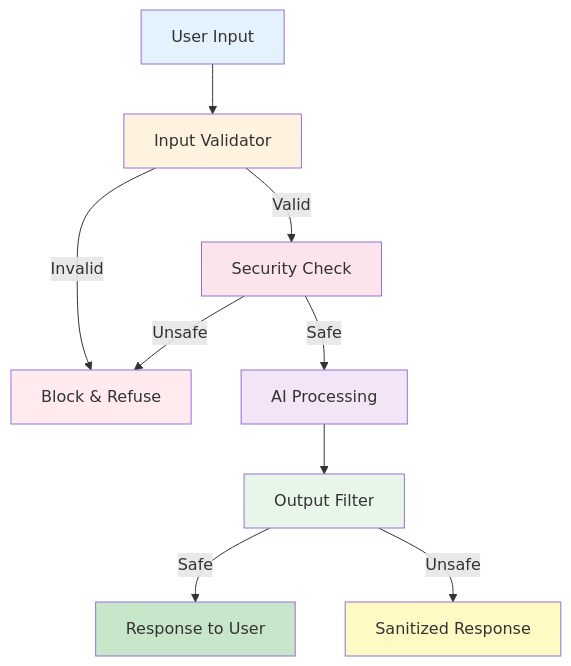
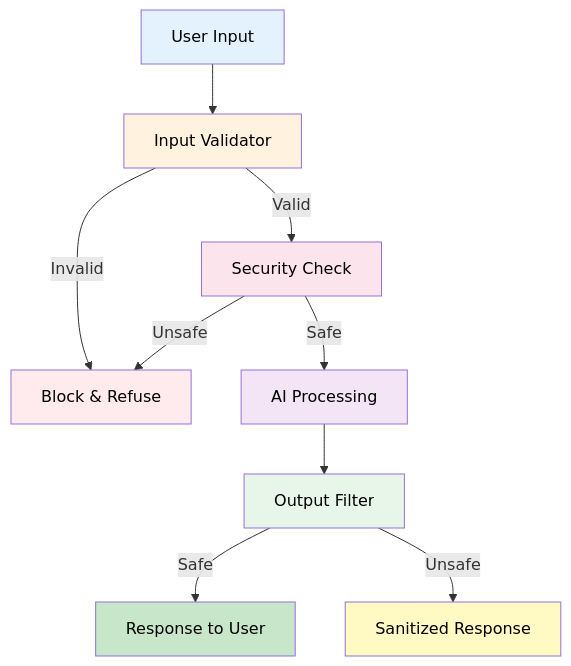
Before and after one commit to iNavLabsResearch/ai_starter: the diagram in docs/session_1/7_practical_legal_bot.md, drawn with Mermaid. The commit also changed 8 other files, not shown here.

First line of the commit message:
Fix Mermaid diagram text visibility - set all text to black

````diff
--- a/docs/session_1/7_practical_legal_bot.md
+++ b/docs/session_1/7_practical_legal_bot.md
@@ -27,20 +27,20 @@
 ```mermaid
 flowchart TD
     A[User Input] --> B[Input Validator]
     B -->|Valid| C[Security Check]
     B -->|Invalid| D[Block & Refuse]
     C -->|Safe| E[AI Processing]
     C -->|Unsafe| D
     E --> F[Output Filter]
     F -->|Safe| G[Response to User]
     F -->|Unsafe| H[Sanitized Response]
     
-    style A fill:#e3f2fd
-    style B fill:#fff3e0
-    style C fill:#fce4ec
-    style D fill:#ffebee
-    style E fill:#f3e5f5
-    style F fill:#e8f5e9
-    style G fill:#c8e6c9
-    style H fill:#fff9c4
+    style A fill:#e3f2fd,color:#000000
+    style B fill:#fff3e0,color:#000000
+    style C fill:#fce4ec,color:#000000
+    style D fill:#ffebee,color:#000000
+    style E fill:#f3e5f5,color:#000000
+    style F fill:#e8f5e9,color:#000000
+    style G fill:#c8e6c9,color:#000000
+    style H fill:#fff9c4,color:#000000
 ```
````
